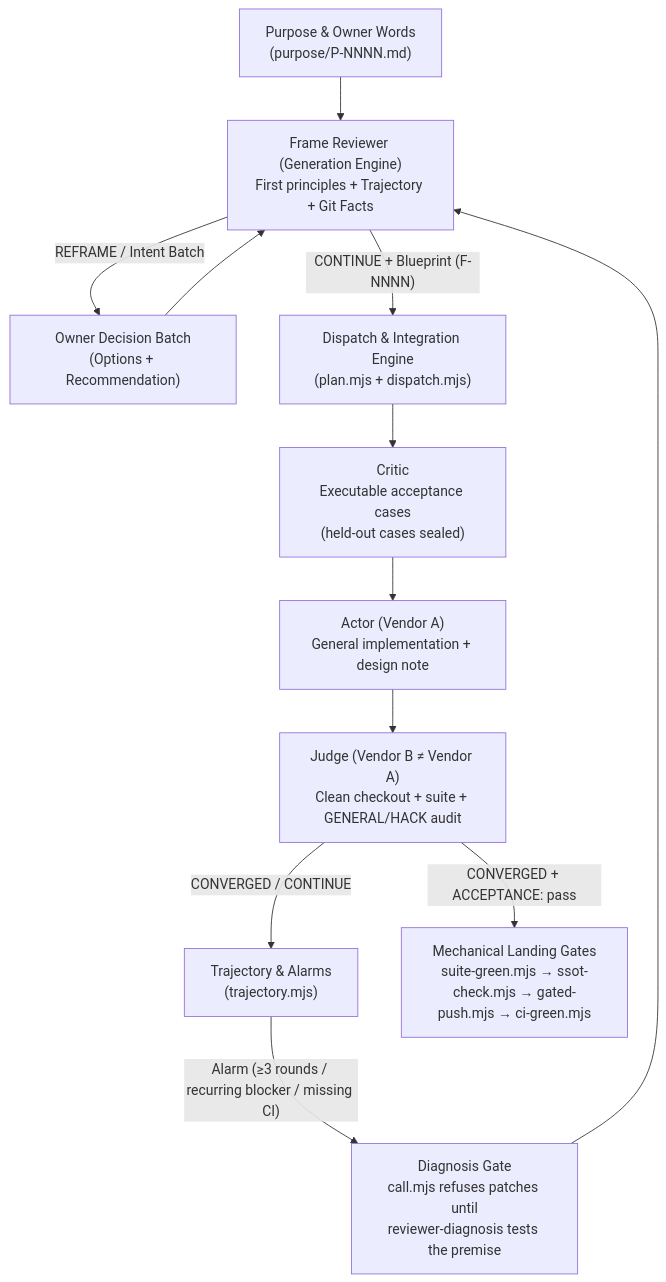
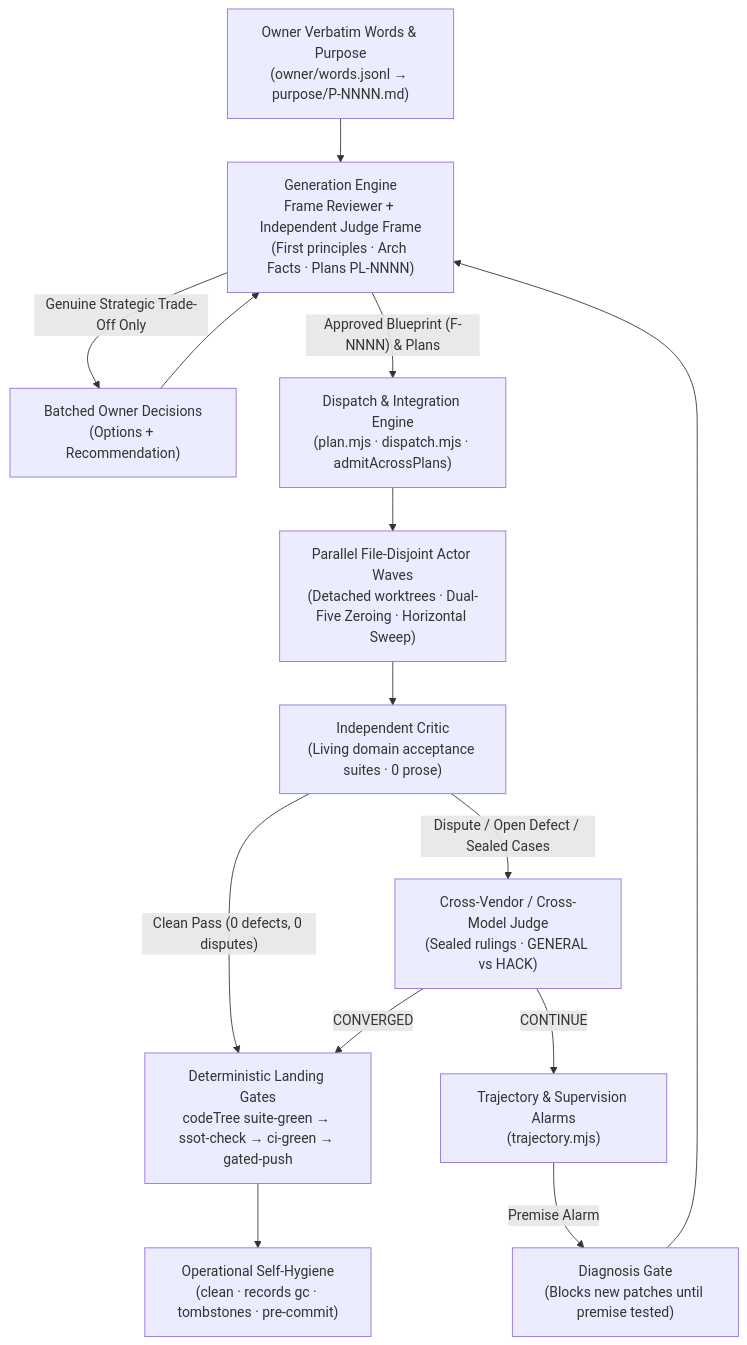
One commit to X32Studio/self-loop changed the diagram in README.md. Above: the diagram before and after it, drawn with Mermaid. The commit also changed other lines of this file and 98 other files, not shown here.

Commit message:
release: v0.9.8 — operational self-hygiene and new control-plane README pitch (EN/ZH)

````diff
--- a/README.md
+++ b/README.md
@@ -98,14 +67,16 @@
 ```mermaid
 flowchart TD
-    P["Purpose & Owner Words<br/>(purpose/P-NNNN.md)"] --> FR["Frame Reviewer (Generation Engine)<br/>First principles + Trajectory + Git Facts"]
-    FR -->|"REFRAME / Intent Batch"| OW["Owner Decision Batch<br/>(Options + Recommendation)"]
-    OW --> FR
-    FR -->|"CONTINUE + Blueprint (F-NNNN)"| PL["Dispatch & Integration Engine<br/>(plan.mjs + dispatch.mjs)"]
-    PL --> CR["Critic<br/>Executable acceptance cases<br/>(held-out cases sealed)"]
-    CR --> AC["Actor (Vendor A)<br/>General implementation + design note"]
-    AC --> JG["Judge (Vendor B ≠ Vendor A)<br/>Clean checkout + suite + GENERAL/HACK audit"]
-    JG -->|"CONVERGED / CONTINUE"| TR["Trajectory & Alarms<br/>(trajectory.mjs)"]
-    TR -->|"Alarm (≥3 rounds / recurring blocker / missing CI)"| DG["Diagnosis Gate<br/>call.mjs refuses patches until<br/>reviewer-diagnosis tests the premise"]
-    DG --> FR
-    JG -->|"CONVERGED + ACCEPTANCE: pass"| GT["Mechanical Landing Gates<br/>suite-green.mjs → ssot-check.mjs → gated-push.mjs → ci-green.mjs"]
+    O["Owner Verbatim Words & Purpose<br/>(owner/words.jsonl → purpose/P-NNNN.md)"] --> GE["Generation Engine<br/>Frame Reviewer + Independent Judge Frame<br/>(First principles · Arch Facts · Plans PL-NNNN)"]
+    GE -->|"Genuine Strategic Trade-Off Only"| OB["Batched Owner Decisions<br/>(Options + Recommendation)"]
+    OB --> GE
+    GE -->|"Approved Blueprint (F-NNNN) & Plans"| DP["Dispatch & Integration Engine<br/>(plan.mjs · dispatch.mjs · admitAcrossPlans)"]
+    DP --> W["Parallel File-Disjoint Actor Waves<br/>(Detached worktrees · Dual-Five Zeroing · Horizontal Sweep)"]
+    W --> CR["Independent Critic<br/>(Living domain acceptance suites · 0 prose)"]
+    CR -->|"Clean Pass (0 defects, 0 disputes)"| GT["Deterministic Landing Gates<br/>codeTree suite-green → ssot-check → ci-green → gated-push"]
+    CR -->|"Dispute / Open Defect / Sealed Cases"| JG["Cross-Vendor / Cross-Model Judge<br/>(Sealed rulings · GENERAL vs HACK)"]
+    JG -->|"CONVERGED"| GT
+    JG -->|"CONTINUE"| TR["Trajectory & Supervision Alarms<br/>(trajectory.mjs)"]
+    TR -->|"Premise Alarm"| DG["Diagnosis Gate<br/>(Blocks new patches until premise tested)"]
+    DG --> GE
+    GT --> HY["Operational Self-Hygiene<br/>(clean · records gc · tombstones · pre-commit)"]
 ```
````
